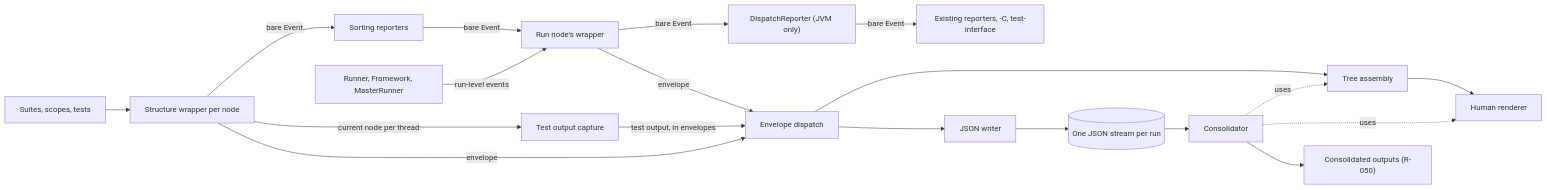
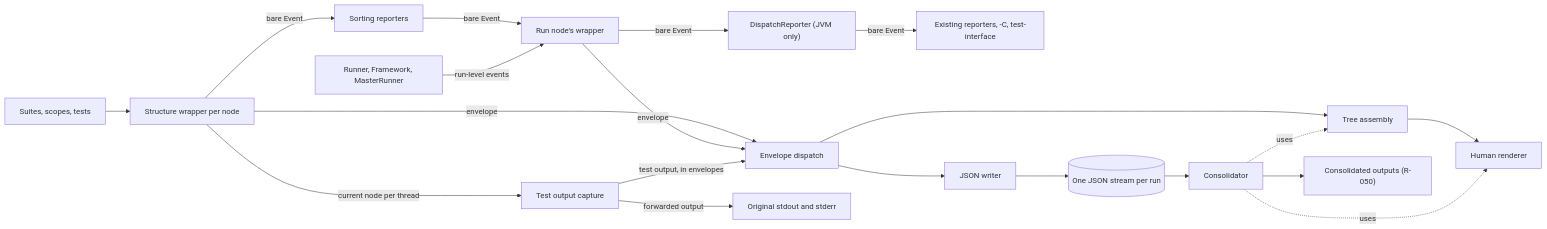
The diagram in .planning/structured-test-reporting/ARCHITECTURE.md (jamesgorman2/scalatest), drawn with Mermaid before and after one commit. The commit also changed other lines of this file and 3 other files, not shown here.

````diff
--- a/.planning/structured-test-reporting/ARCHITECTURE.md
+++ b/.planning/structured-test-reporting/ARCHITECTURE.md
@@ -44,21 +44,22 @@
 ```mermaid
 flowchart LR
   E[Suites, scopes, tests] --> W[Structure wrapper per node]
   W -- bare Event --> S[Sorting reporters]
   S -- bare Event --> R["Run node's wrapper"]
   G[Runner, Framework, MasterRunner] -- run-level events --> R
   R -- bare Event --> D["DispatchReporter (JVM only)"]
   D -- bare Event --> X[Existing reporters, -C, test-interface]
   W -- current node per thread --> T[Test output capture]
   W -- envelope --> A[Envelope dispatch]
   R -- envelope --> A
   T -- test output, in envelopes --> A
+  T -- forwarded output --> P[Original stdout and stderr]
   A --> TA[Tree assembly]
   TA --> H[Human renderer]
   A --> J[JSON writer]
   J --> F[(One JSON stream per run)]
   F --> C[Consolidator]
   C -. uses .-> TA
   C -. uses .-> H
   C --> O["Consolidated outputs (R-050)"]
 ```
````
